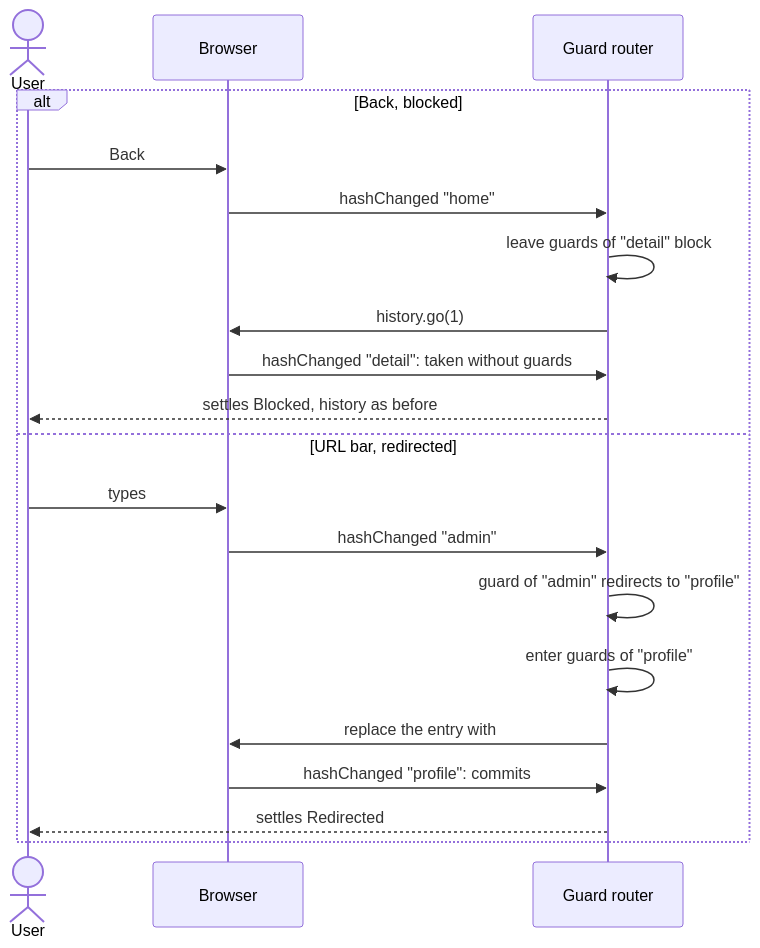
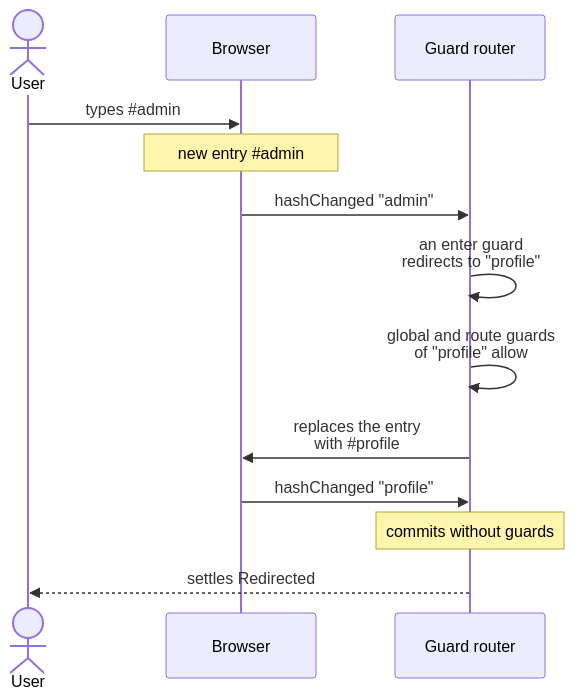
Before and after one commit to wridgeu/ui5-lib-guard-router: the eighth of 9 diagrams in packages/lib/README.md, drawn with Mermaid. The commit also changed other lines of this file and 6 other files, not shown here.

First line of the commit message:
docs: draw the diagrams narrow, one case each, and colour the overview

````diff
--- a/packages/lib/README.md
+++ b/packages/lib/README.md
@@ -1153,22 +1222,15 @@
 ```mermaid
 sequenceDiagram
     actor User
     participant Browser
     participant Router as Guard router
-    alt Back, blocked
-        User->>Browser: Back
-        Browser->>Router: hashChanged "home"
-        Router->>Router: leave guards of "detail" block
-        Router->>Browser: history.go(1)
-        Browser->>Router: hashChanged "detail": taken without guards
-        Router-->>User: settles Blocked, history as before
-    else URL bar, redirected
-        User->>Browser: types #admin (new entry)
-        Browser->>Router: hashChanged "admin"
-        Router->>Router: guard of "admin" redirects to "profile"
-        Router->>Router: enter guards of "profile"
-        Router->>Browser: replace the entry with #profile
-        Browser->>Router: hashChanged "profile": commits
-        Router-->>User: settles Redirected
-    end
+    User->>Browser: types #35;admin
+    Note over Browser: new entry #35;admin
+    Browser->>Router: hashChanged "admin"
+    Router->>Router: an enter guard<br/>redirects to "profile"
+    Router->>Router: global and route guards<br/>of "profile" allow
+    Router->>Browser: replaces the entry<br/>with #35;profile
+    Browser->>Router: hashChanged "profile"
+    Note over Router: commits without guards
+    Router-->>User: settles Redirected
 ```
````
